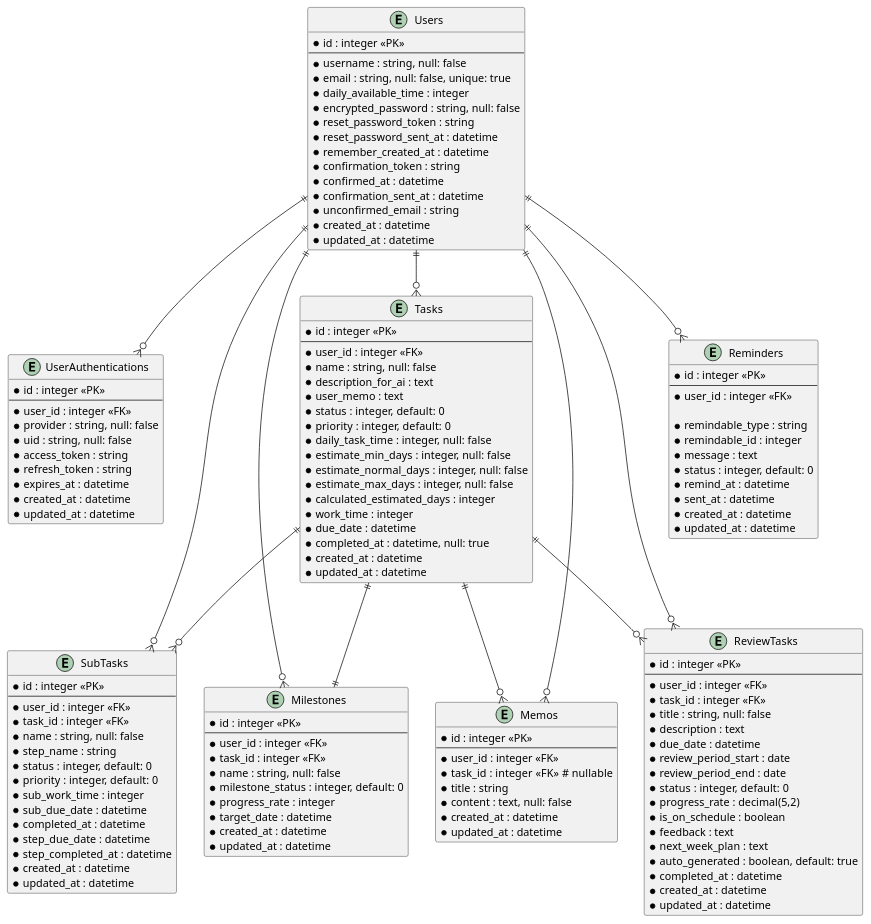
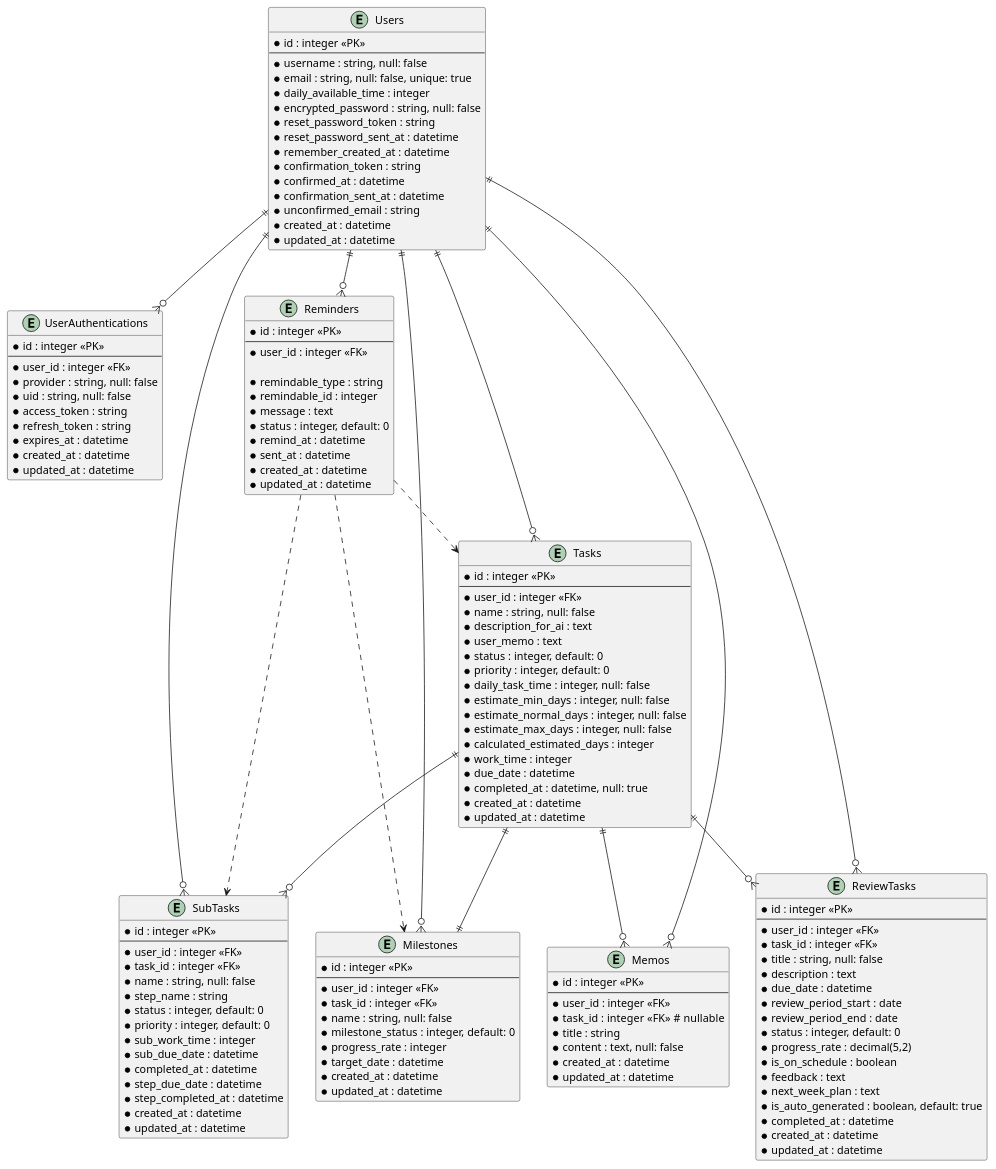
Before and after one commit to msmn-msmn/graduation_project_msmn: the diagram in er_diagram.puml, drawn with PlantUML.

Commit message:
カラム名修正と補足線の追加

```diff
--- a/er_diagram.puml
+++ b/er_diagram.puml
@@ -1,147 +1,153 @@
 @startuml
  entity "Users" {
     *id : integer <<PK>>
     --
     *username : string, null: false
     *email : string, null: false, unique: true
     *daily_available_time : integer  /'1日の可処分時間'/
     *encrypted_password : string, null: false
 /'devise関連カラムここから'/      
     *reset_password_token : string  /'パスワードリセット時の一意識別トークン'/
     *reset_password_sent_at : datetime  /'パスワードリセットトークンの有効期限管理'/
     *remember_created_at : datetime  /'「ログイン状態を記憶する」機能の管理'/
     *confirmation_token : string  /'メール確認用の一意識別トークン'/
     *confirmed_at : datetime  /'メールアドレス確認が完了した日時を記録'/
     *confirmation_sent_at : datetime  /' 確認メールの送信日時を記録（有効期限管理・重複送信防止）'/
     *unconfirmed_email : string  /'メールアドレス変更時の新しいメールアドレスを一時保存'/
 /'devise関連カラムここまで'/  
     *created_at : datetime
     *updated_at : datetime
   }
 
-  entity "UserAuthentications" {
+  entity "UserAuthentications" {  /'認証管理用'/
     *id : integer <<PK>>
     --
     *user_id : integer <<FK>>
     *provider : string, null: false   /'認証プロバイダー'/
     *uid : string, null: false   /'ユーザー識別子'/
     *access_token : string   /'外部APIにアクセスするためのトークン'/
     *refresh_token : string   /'access_tokenが期限切れになった時に新しいトークンを取得'/
     *expires_at : datetime   /'認証有効期限'/
     *created_at : datetime
     *updated_at : datetime
   }
 
-  entity "Tasks" {
+  entity "Tasks" {  /'タスク管理'/
     *id : integer <<PK>>
     --
     *user_id : integer <<FK>>
     *name : string, null: false
-    *description_for_ai : text  /'AI用備考'/
+    *description_for_ai : text  /'AI用説明文'/
     *user_memo : text
     *status : integer, default: 0   /'進行管理enum用'/
     *priority : integer, default: 0   /'表示優先順位enum用'/
-    *daily_task_time : integer, null: false  /'1日のタスク時間'/
+    *daily_task_time : integer, null: false  /'1日のタスクに使える時間'/
     *estimate_min_days : integer, null: false  /'完了見積最短'/
     *estimate_normal_days : integer, null: false  /'完了見積普通'/
     *estimate_max_days : integer, null: false  /'完了見積最大'/
     *calculated_estimated_days : integer  /'算出見積時間'/
     *work_time : integer  /'実際作業時間'/
     *due_date : datetime  /'タスクの締切日'/
     *completed_at : datetime, null: true  /'タスクの完了日'/
     *created_at : datetime
     *updated_at : datetime
   }
 
-  entity "SubTasks" {
+  entity "SubTasks" {  /'小タスク管理'/
     *id : integer <<PK>>
     --
     *user_id : integer <<FK>>
     *task_id : integer <<FK>>
     *name : string, null: false
     *step_name : string
     *status : integer, default: 0   /'進行管理enum用'/
     *priority : integer, default: 0   /'表示順位enum用'/
     *sub_work_time : integer  /'実際作業時間'/
     *sub_due_date : datetime  /'小タスクの締切日'/
     *completed_at : datetime  /'小タスクの完了日'/
     *step_due_date : datetime  /'小タスクのステップの締切日'/
     *step_completed_at : datetime  /'小タスクのステップの完了日'/
     *created_at : datetime
     *updated_at : datetime
   }
 
-  entity "Reminders" {
+  entity "Reminders" {  /'リマインダー機能'/
      *id : integer <<PK>>
     --
     *user_id : integer <<FK>>
 　　/'ポリモーフィック関連系カラムここから'/
     *remindable_type : string  /'リマインド対象のモデル名'/
     *remindable_id : integer  /'リマインド対象のID'/
     /'ポリモーフィック関連系カラムここまで'/
     *message : text  /'通知本文'/
     *status : integer, default: 0  /'送信管理enum用'/
     *remind_at : datetime  /'通知日時'/
     *sent_at : datetime  /'送信日時'/
     *created_at : datetime
     *updated_at : datetime
   }
 
-  entity "Milestones" {
+  entity "Milestones" {  /'マイルストーン機能'/
     *id : integer <<PK>>
     --
     *user_id : integer <<FK>>
     *task_id : integer <<FK>>
     *name : string, null: false
     *milestone_status : integer, default: 0   /'進行管理enum用'/
     *progress_rate : integer  /'進捗率（%）'/
     *target_date : datetime   /'締切'/
     *created_at : datetime
     *updated_at : datetime
   }
 
-  entity "Memos" {
+  entity "Memos" {  /'メモ機能'/
     *id : integer <<PK>>
     --
     *user_id : integer <<FK>>
     *task_id : integer <<FK>>  # nullable
     *title : string
     *content : text, null: false
     *created_at : datetime
     *updated_at : datetime
   }
 
-  entity "ReviewTasks" {  /'振り返りタスク'/
+  entity "ReviewTasks" {  /'振り返りタスク管理'/
     *id : integer <<PK>>
     --
     *user_id : integer <<FK>>
     *task_id : integer <<FK>>
     *title : string, null: false
-    *description : text
+    *description : text   /'備考'/
     *due_date : datetime   /'締切'/
     *review_period_start : date  /'レビュー対象期間開始'/
     *review_period_end : date  /'レビュー対象期間終了'/
     *status : integer, default: 0   /'進行管理enum用'/
     *progress_rate : decimal(5,2)  /'進捗率（%）'/
-    *is_on_schedule : boolean   /'予定通りか'/
+    *is_on_schedule : boolean   /'予定通りかのフラグ'/
     *feedback : text  /'振り返り内容'/
     *next_week_plan : text  /'来週の計画'/
-    *auto_generated : boolean, default: true  /'自動生成フラグ'/ 
+    *is_auto_generated : boolean, default: true  /'自動生成フラグ'/ 
     *completed_at : datetime  /'タスクの完了日'/
     *created_at : datetime
     *updated_at : datetime
   }
 
 
   Users ||--o{ UserAuthentications
   Users ||--o{ Tasks
   Users ||--o{ SubTasks
   Users ||--o{ Milestones
   Users ||--o{ ReviewTasks
   Users ||--o{ Memos
   Users ||--o{ Reminders
   Tasks ||--o{ SubTasks
   Tasks ||--|| Milestones
   Tasks ||--o{ Memos
   Tasks ||--o{ ReviewTasks
+  Reminders ..> Tasks
+  Reminders ..> SubTasks
+  Reminders ..> Milestones
+
+  Users -[hidden]- UserAuthentications
+
   @enduml
```
